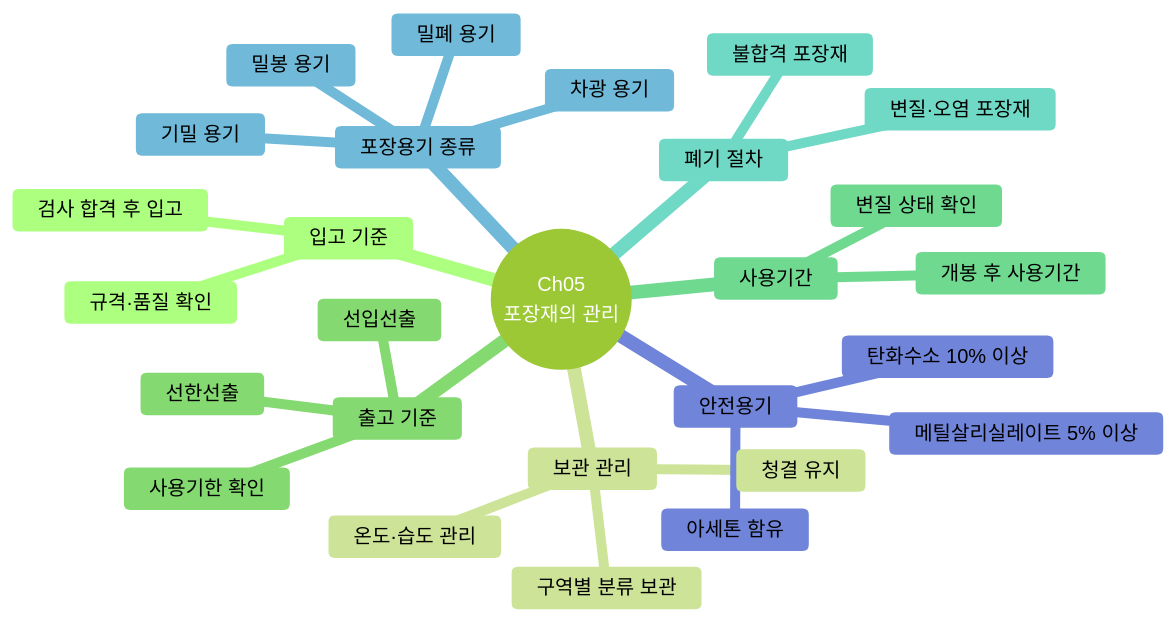
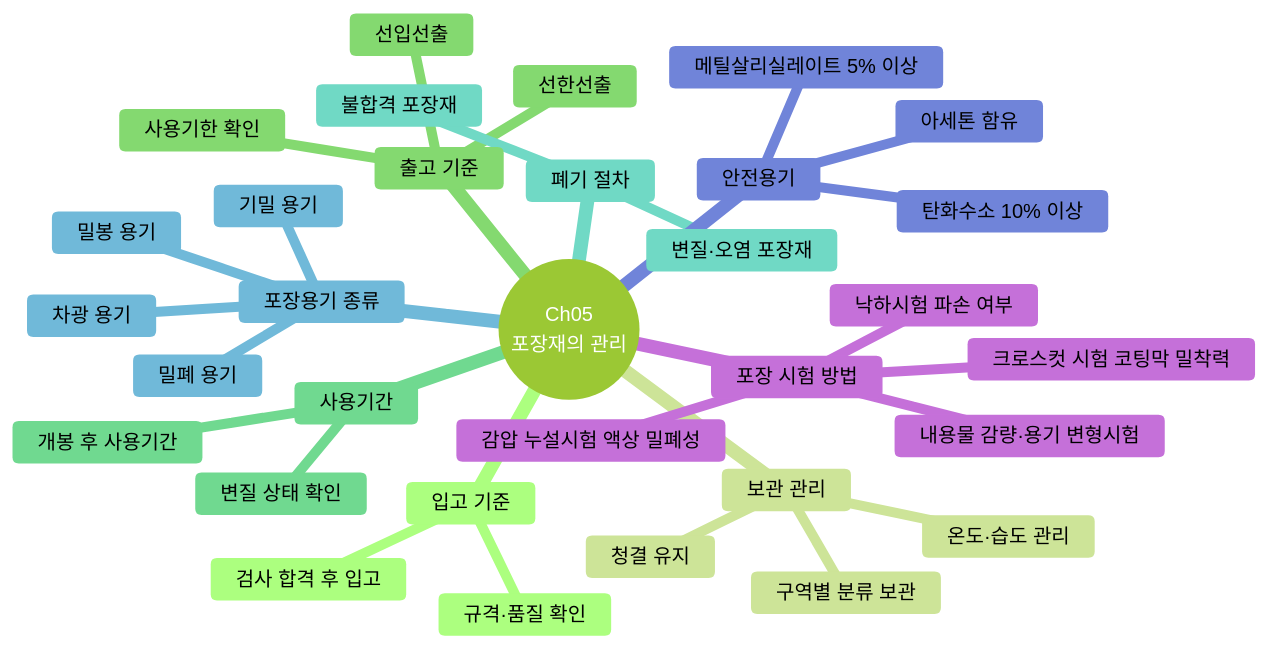
Before and after one commit to skygoldlee-cyber/Personalized_Skincare: diagram 14 of 19 in content/교재/safety/3과목_유통화장품안전관리_이야기형.md, drawn with Mermaid (forest theme). The commit also changed other lines of this file and 6 other files, not shown here.

````diff
--- a/content/교재/safety/3과목_유통화장품안전관리_이야기형.md
+++ b/content/교재/safety/3과목_유통화장품안전관리_이야기형.md
@@ -3008,30 +3008,35 @@
 ```mermaid
 mindmap
  root((Ch05<br/>포장재의 관리))
   입고 기준
    규격·품질 확인
    검사 합격 후 입고
   보관 관리
    온도·습도 관리
    청결 유지
    구역별 분류 보관
   출고 기준
    선입선출
    선한선출
    사용기한 확인
   사용기간
    개봉 후 사용기간
    변질 상태 확인
   폐기 절차
    불합격 포장재
    변질·오염 포장재
   포장용기 종류
    밀폐 용기
    기밀 용기
    밀봉 용기
    차광 용기
   안전용기
    아세톤 함유
    탄화수소 10% 이상
    메틸살리실레이트 5% 이상
+  포장 시험 방법
+   감압 누설시험 액상 밀폐성
+   크로스컷 시험 코팅막 밀착력
+   내용물 감량·용기 변형시험
+   낙하시험 파손 여부
 ```
````
